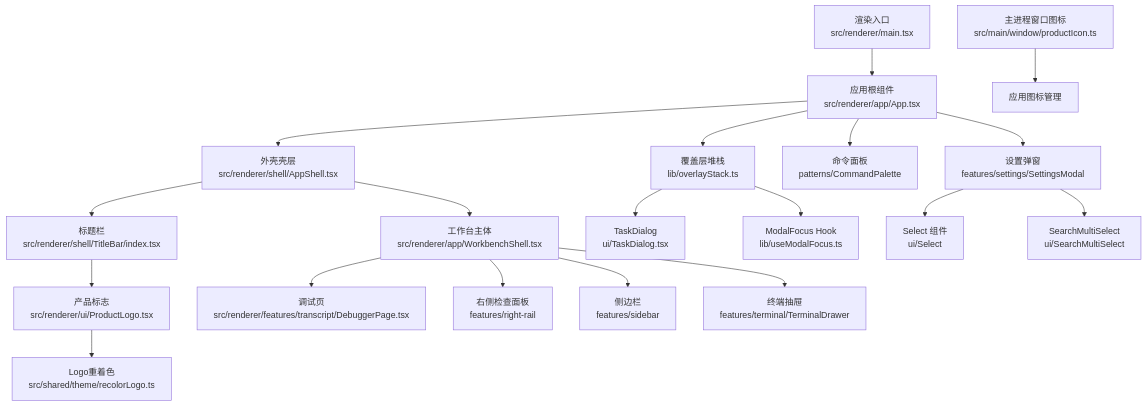
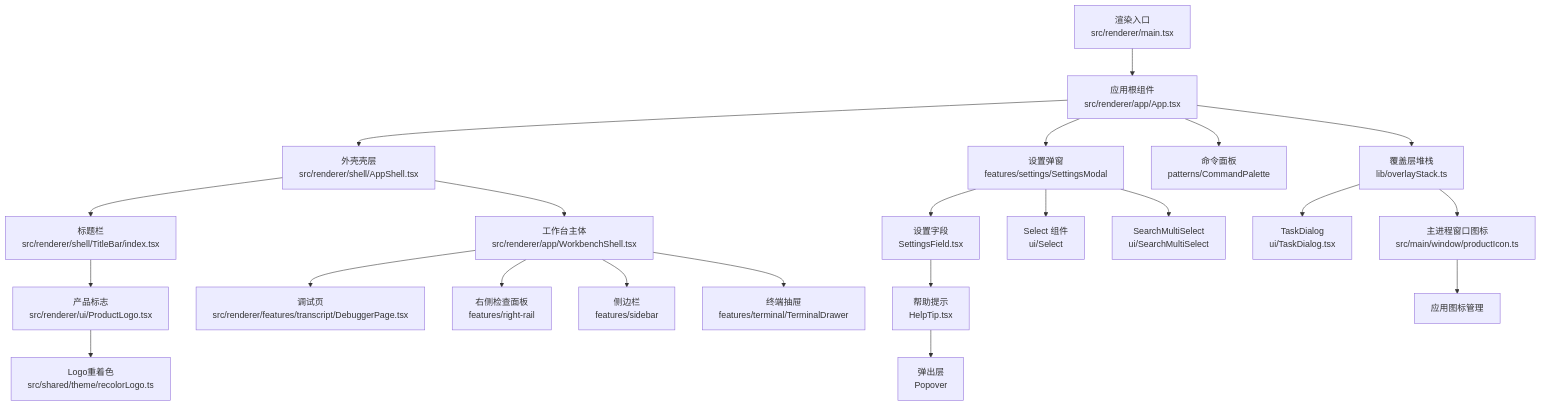
Before and after one commit to haolange/RDC-Agent: the first of 13 diagrams in .qoder/repowiki/zh/content/用户界面/用户界面.md, drawn with Mermaid. The commit also changed other lines of this file and 71 other files, not shown here.

````diff
--- a/.qoder/repowiki/zh/content/用户界面/用户界面.md
+++ b/.qoder/repowiki/zh/content/用户界面/用户界面.md
@@ -63,21 +68,24 @@
 ```mermaid
 graph TB
 A["渲染入口<br/>src/renderer/main.tsx"] --> B["应用根组件<br/>src/renderer/app/App.tsx"]
 B --> C["外壳壳层<br/>src/renderer/shell/AppShell.tsx"]
 C --> D["标题栏<br/>src/renderer/shell/TitleBar/index.tsx"]
 D --> E["产品标志<br/>src/renderer/ui/ProductLogo.tsx"]
 E --> F["Logo重着色<br/>src/shared/theme/recolorLogo.ts"]
 C --> G["工作台主体<br/>src/renderer/app/WorkbenchShell.tsx"]
 G --> H["调试页<br/>src/renderer/features/transcript/DebuggerPage.tsx"]
 G --> I["右侧检查面板<br/>features/right-rail"]
 G --> J["侧边栏<br/>features/sidebar"]
 G --> K["终端抽屉<br/>features/terminal/TerminalDrawer"]
 B --> L["设置弹窗<br/>features/settings/SettingsModal"]
-B --> M["命令面板<br/>patterns/CommandPalette"]
-B --> N["覆盖层堆栈<br/>lib/overlayStack.ts"]
-N --> O["TaskDialog<br/>ui/TaskDialog.tsx"]
-N --> P["ModalFocus Hook<br/>lib/useModalFocus.ts"]
-L --> Q["Select 组件<br/>ui/Select"]
-L --> R["SearchMultiSelect<br/>ui/SearchMultiSelect"]
-S["主进程窗口图标<br/>src/main/window/productIcon.ts"] --> T["应用图标管理"]
+L --> M["设置字段<br/>SettingsField.tsx"]
+M --> N["帮助提示<br/>HelpTip.tsx"]
+N --> O["弹出层<br/>Popover"]
+B --> P["命令面板<br/>patterns/CommandPalette"]
+B --> Q["覆盖层堆栈<br/>lib/overlayStack.ts"]
+Q --> R["TaskDialog<br/>ui/TaskDialog.tsx"]
+Q --> S["ModalFocus Hook<br/>lib/useModalFocus.ts"]
+L --> T["Select 组件<br/>ui/Select"]
+L --> U["SearchMultiSelect<br/>ui/SearchMultiSelect"]
+S["主进程窗口图标<br/>src/main/window/productIcon.ts"] --> V["应用图标管理"]
 ```
````
